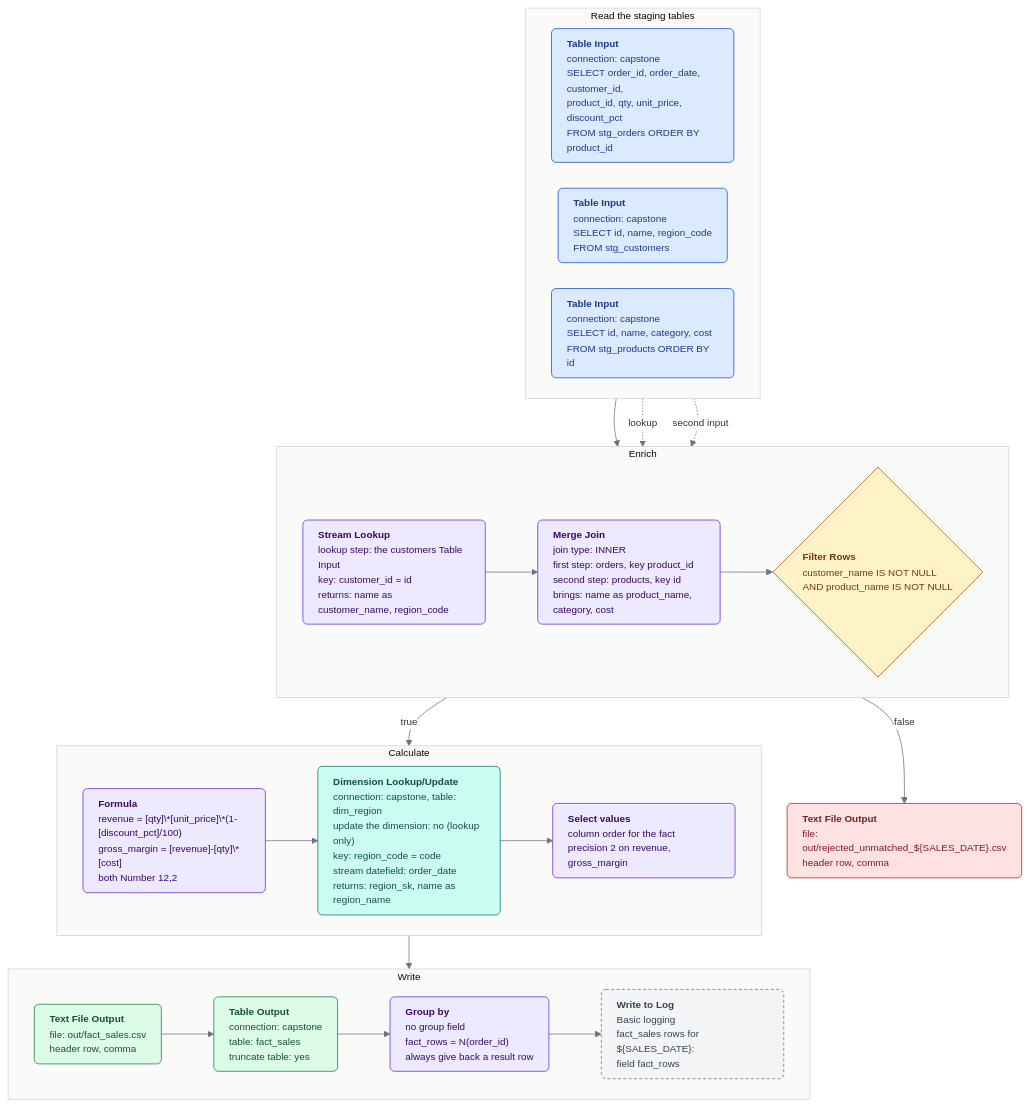
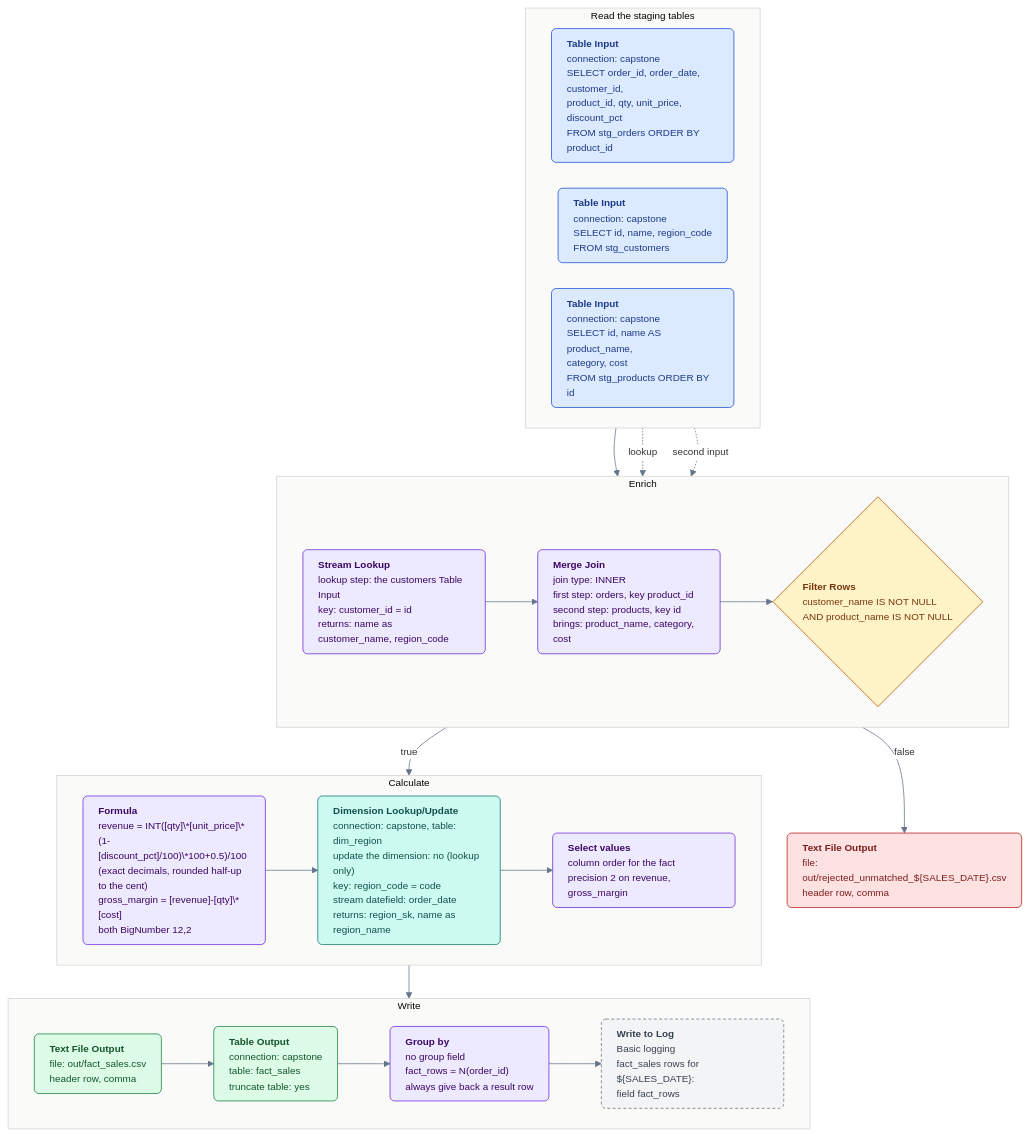
One commit to jporeilly/Pentaho-Courses changed the sixth of 9 diagrams in developer-di-practitioner/37-mod99-daily-sales-pipeline/files/reference/DIAGRAMS.md. Above: the diagram before and after it, drawn with Mermaid. The commit also changed other lines of this file and 15 other files, not shown here.

````diff
--- a/developer-di-practitioner/37-mod99-daily-sales-pipeline/files/reference/DIAGRAMS.md
+++ b/developer-di-practitioner/37-mod99-daily-sales-pipeline/files/reference/DIAGRAMS.md
@@ -151,46 +152,46 @@
 ```mermaid
 %%{init: {"theme":"base","themeVariables":{"fontFamily":"Segoe UI, Helvetica, Arial, sans-serif","fontSize":"13px","lineColor":"#64748b","clusterBkg":"#fafaf9","clusterBorder":"#d6d3d1","edgeLabelBackground":"#ffffff"},"flowchart":{"curve":"basis","nodeSpacing":34,"rankSpacing":44,"padding":10,"htmlLabels":true}}}%%
 flowchart TB
   classDef input fill:#dbeafe,stroke:#1d4ed8,color:#1e3a8a,text-align:left,rx:6,ry:6
   classDef check fill:#fef3c7,stroke:#b45309,color:#78350f,text-align:left
   classDef enrich fill:#ede9fe,stroke:#6d28d9,color:#3b0764,text-align:left,rx:6,ry:6
   classDef dim fill:#ccfbf1,stroke:#0f766e,color:#134e4a,text-align:left,rx:6,ry:6
   classDef output fill:#dcfce7,stroke:#15803d,color:#14532d,text-align:left,rx:6,ry:6
   classDef reject fill:#fee2e2,stroke:#b91c1c,color:#7f1d1d,text-align:left,rx:6,ry:6
   classDef log fill:#f3f4f6,stroke:#6b7280,color:#374151,text-align:left,rx:6,ry:6,stroke-dasharray:4 3
   subgraph read ["Read the staging tables"]
     direction LR
     A["<b>Table Input</b><br/>connection: capstone<br/>SELECT order_id, order_date, customer_id,<br/>product_id, qty, unit_price, discount_pct<br/>FROM stg_orders ORDER BY product_id"]:::input
     L1["<b>Table Input</b><br/>connection: capstone<br/>SELECT id, name, region_code<br/>FROM stg_customers"]:::input
-    L2["<b>Table Input</b><br/>connection: capstone<br/>SELECT id, name, category, cost<br/>FROM stg_products ORDER BY id"]:::input
+    L2["<b>Table Input</b><br/>connection: capstone<br/>SELECT id, name AS product_name,<br/>category, cost<br/>FROM stg_products ORDER BY id"]:::input
   end
   subgraph enrich ["Enrich"]
     direction LR
     B["<b>Stream Lookup</b><br/>lookup step: the customers Table Input<br/>key: customer_id = id<br/>returns: name as customer_name, region_code"]:::enrich
-    C["<b>Merge Join</b><br/>join type: INNER<br/>first step: orders, key product_id<br/>second step: products, key id<br/>brings: name as product_name, category, cost"]:::enrich
+    C["<b>Merge Join</b><br/>join type: INNER<br/>first step: orders, key product_id<br/>second step: products, key id<br/>brings: product_name, category, cost"]:::enrich
     D{"<b>Filter Rows</b><br/>customer_name IS NOT NULL<br/>AND product_name IS NOT NULL"}:::check
     B --> C --> D
   end
   subgraph calc ["Calculate"]
     direction LR
-    E["<b>Formula</b><br/>revenue = [qty]\*[unit_price]\*(1-[discount_pct]/100)<br/>gross_margin = [revenue]-[qty]\*[cost]<br/>both Number 12,2"]:::enrich
+    E["<b>Formula</b><br/>revenue = INT([qty]\*[unit_price]\*(1-[discount_pct]/100)\*100+0.5)/100<br/>(exact decimals, rounded half-up to the cent)<br/>gross_margin = [revenue]-[qty]\*[cost]<br/>both BigNumber 12,2"]:::enrich
     F["<b>Dimension Lookup/Update</b><br/>connection: capstone, table: dim_region<br/>update the dimension: no (lookup only)<br/>key: region_code = code<br/>stream datefield: order_date<br/>returns: region_sk, name as region_name"]:::dim
     G["<b>Select values</b><br/>column order for the fact<br/>precision 2 on revenue, gross_margin"]:::enrich
     E --> F --> G
   end
   subgraph write ["Write"]
     direction LR
     H["<b>Text File Output</b><br/>file: out/fact_sales.csv<br/>header row, comma"]:::output
     I["<b>Table Output</b><br/>connection: capstone<br/>table: fact_sales<br/>truncate table: yes"]:::output
     J["<b>Group by</b><br/>no group field<br/>fact_rows = N(order_id)<br/>always give back a result row"]:::enrich
     K["<b>Write to Log</b><br/>Basic logging<br/>fact_sales rows for ${SALES_DATE}:<br/>field fact_rows"]:::log
     H --> I --> J --> K
   end
   R["<b>Text File Output</b><br/>file: out/rejected_unmatched_${SALES_DATE}.csv<br/>header row, comma"]:::reject
   A --> B
   L1 -. lookup .-> B
   L2 -. second input .-> C
   D -->|true| E
   D -->|false| R
   G --> H
 ```
````
